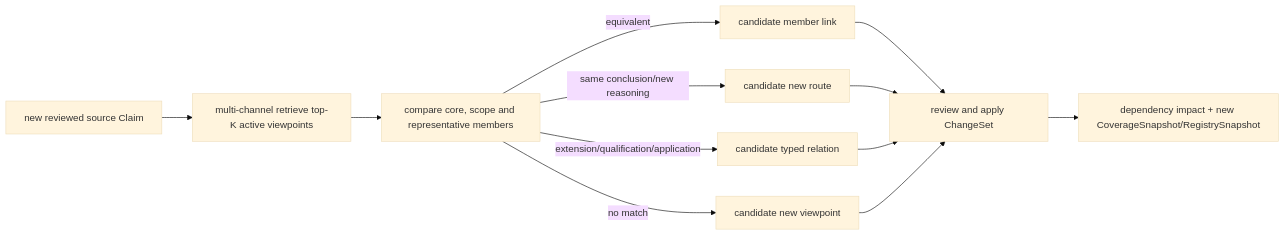
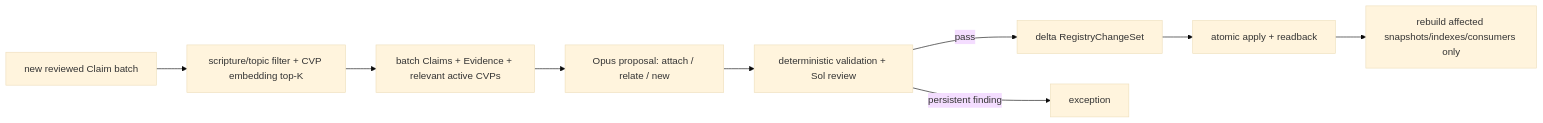
Before and after one commit to junyang168/smart-answer: the fifth of 6 diagrams in docs/wang-knowledge-platform/canonical_viewpoint_registry_design_v1.md, drawn with Mermaid (base theme). The commit also changed other lines of this file and 1 other file, not shown here.

Commit message:
docs: simplify canonical viewpoint batch resolution

````diff
--- a/docs/wang-knowledge-platform/canonical_viewpoint_registry_design_v1.md
+++ b/docs/wang-knowledge-platform/canonical_viewpoint_registry_design_v1.md
@@ -1178,14 +1458,11 @@
 ```mermaid
 flowchart LR
-    S["new reviewed source Claim"] --> Q["multi-channel retrieve top-K active viewpoints"]
-    Q --> M["compare core, scope and representative members"]
-    M -->|equivalent| L["candidate member link"]
-    M -->|same conclusion/new reasoning| R["candidate new route"]
-    M -->|extension/qualification/application| G["candidate typed relation"]
-    M -->|no match| N["candidate new viewpoint"]
-    L --> V["review and apply ChangeSet"]
-    R --> V
-    G --> V
-    N --> V
-    V --> I["dependency impact + new CoverageSnapshot/RegistrySnapshot"]
+    S["new reviewed Claim batch"] --> Q["scripture/topic filter + CVP embedding top-K"]
+    Q --> K["batch Claims + Evidence + relevant active CVPs"]
+    K --> P["Opus proposal: attach / relate / new"]
+    P --> V["deterministic validation + Sol review"]
+    V -->|"pass"| C["delta RegistryChangeSet"]
+    V -->|"persistent finding"| X["exception"]
+    C --> A["atomic apply + readback"]
+    A --> I["rebuild affected snapshots/indexes/consumers only"]
 ```
````
